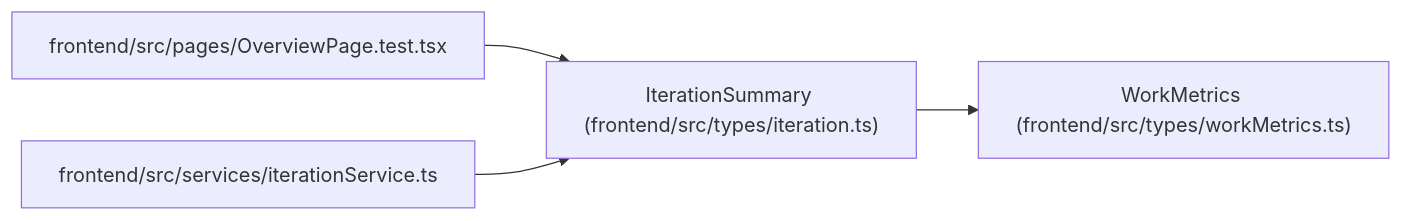
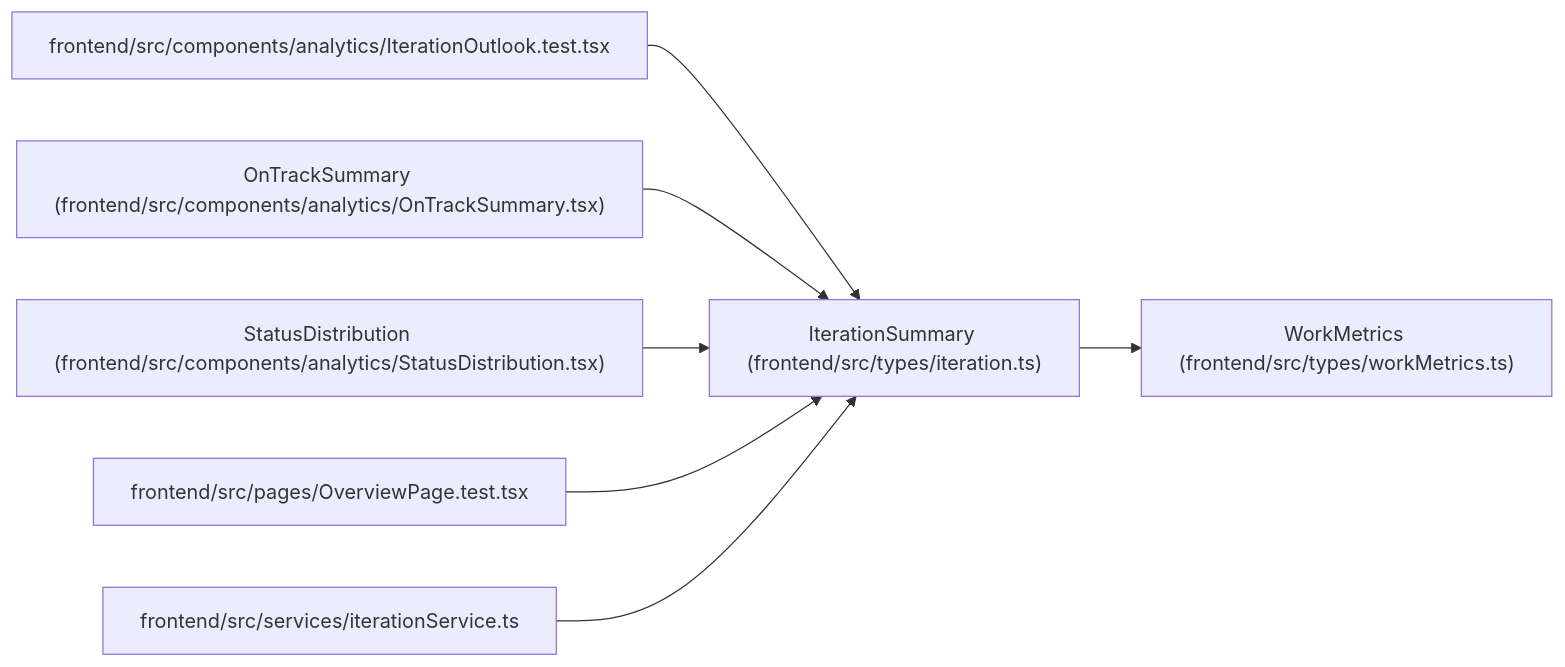
The diagram in docs/llm_wiki/entities/types_iteration_IterationSummary.md (Denissvgn/WorkChord), drawn with Mermaid before and after one commit. The commit also changed other lines of this file and 392 other files, not shown here.

Commit message:
docs(wiki): refresh for the Analytics outlook

````diff
--- a/docs/llm_wiki/entities/types_iteration_IterationSummary.md
+++ b/docs/llm_wiki/entities/types_iteration_IterationSummary.md
@@ -36,14 +42,23 @@
 ```mermaid
 flowchart LR
     n0["IterationSummary (frontend/src/types/iteration.ts)"]
     n1["WorkMetrics (frontend/src/types/workMetrics.ts)"]
-    n2["frontend/src/pages/OverviewPage.test.tsx"]
-    n3["frontend/src/services/iterationService.ts"]
+    n2["frontend/src/components/analytics/IterationOutlook.test.tsx"]
+    n3["OnTrackSummary (frontend/src/components/analytics/OnTrackSummary.tsx)"]
+    n4["StatusDistribution (frontend/src/components/analytics/StatusDistribution.tsx)"]
+    n5["frontend/src/pages/OverviewPage.test.tsx"]
+    n6["frontend/src/services/iterationService.ts"]
     n0 --> n1
     n2 --> n0
     n3 --> n0
+    n4 --> n0
+    n5 --> n0
+    n6 --> n0
     click n0 "../modules/types_iteration.md"
     click n1 "../modules/workMetrics.md"
-    click n2 "../modules/OverviewPage.test.md"
-    click n3 "../modules/iterationService.md"
+    click n2 "../modules/IterationOutlook.test.md"
+    click n3 "../modules/OnTrackSummary.md"
+    click n4 "../modules/StatusDistribution.md"
+    click n5 "../modules/OverviewPage.test.md"
+    click n6 "../modules/iterationService.md"
 ```
````
